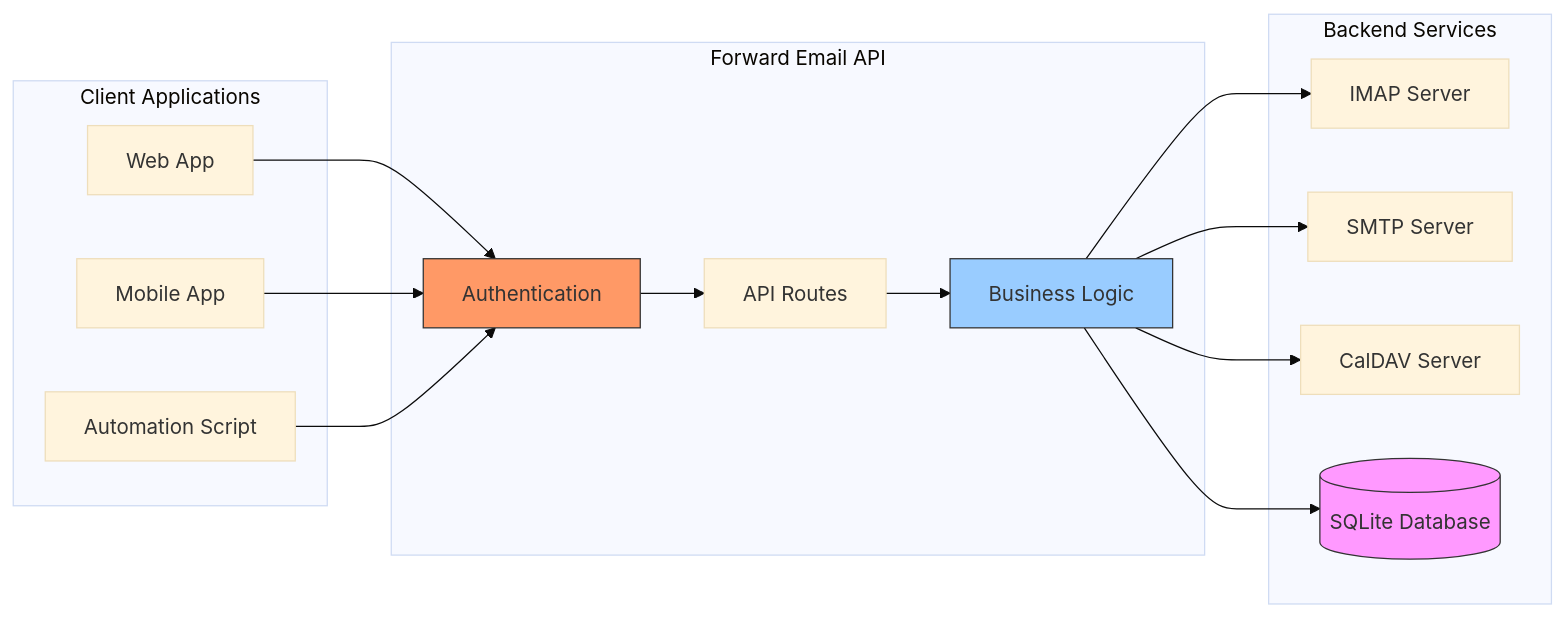
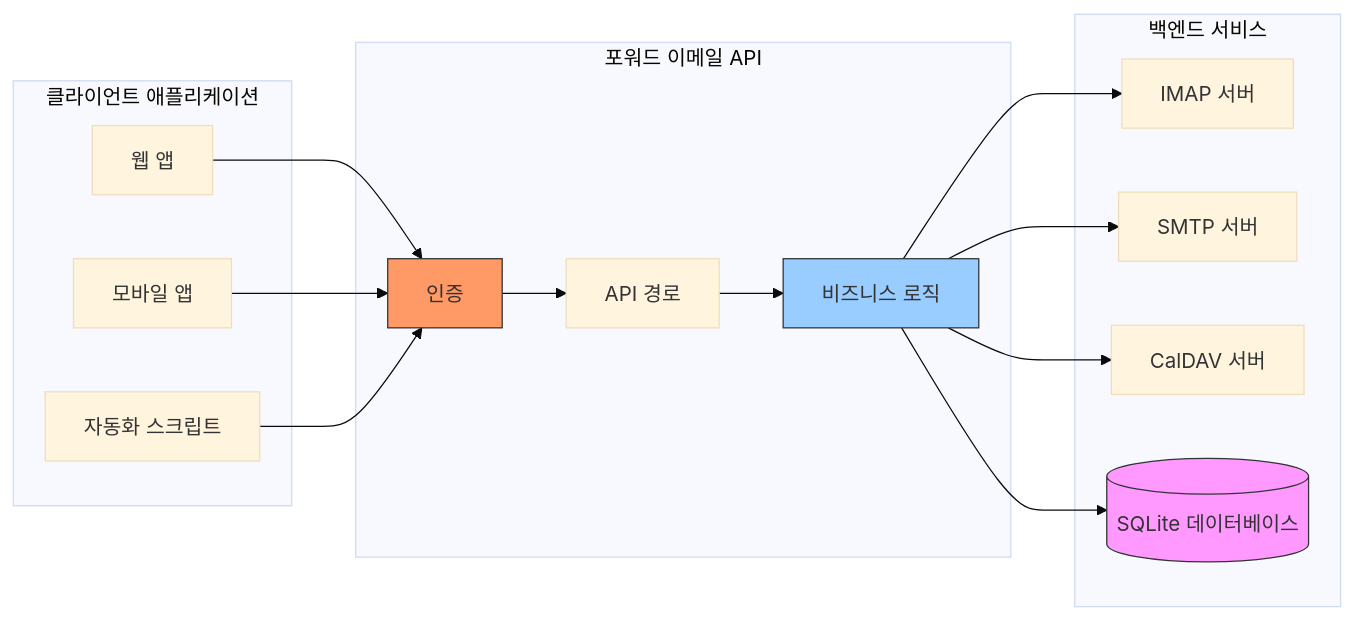
One commit to forwardemail/forwardemail.net changed diagram 15 of 16 in app/views/docs/email-protocols-rfc-compliance-imap-smtp-pop3-comparison/index-ko.md. Above: the diagram before and after it, drawn with Mermaid (base theme). The commit also changed other lines of this file and 1055 other files, not shown here.

````diff
--- a/app/views/docs/email-protocols-rfc-compliance-imap-smtp-pop3-comparison/index-ko.md
+++ b/app/views/docs/email-protocols-rfc-compliance-imap-smtp-pop3-comparison/index-ko.md
@@ -1877,35 +1869,35 @@
 ```mermaid
 graph LR
-    subgraph "Client Applications"
-        Web[Web App]
-        Mobile[Mobile App]
-        Script[Automation Script]
+    subgraph "클라이언트 애플리케이션"
+        Web[웹 앱]
+        Mobile[모바일 앱]
+        Script[자동화 스크립트]
     end
 
-    subgraph "Forward Email API"
-        Auth[Authentication]
-        Routes[API Routes]
-        Logic[Business Logic]
+    subgraph "포워드 이메일 API"
+        Auth[인증]
+        Routes[API 경로]
+        Logic[비즈니스 로직]
     end
 
-    subgraph "Backend Services"
-        IMAP[IMAP Server]
-        SMTP[SMTP Server]
-        CalDAV[CalDAV Server]
-        DB[(SQLite Database)]
+    subgraph "백엔드 서비스"
+        IMAP[IMAP 서버]
+        SMTP[SMTP 서버]
+        CalDAV[CalDAV 서버]
+        DB[(SQLite 데이터베이스)]
     end
 
     Web --> Auth
     Mobile --> Auth
     Script --> Auth
     Auth --> Routes
     Routes --> Logic
     Logic --> IMAP
     Logic --> SMTP
     Logic --> CalDAV
     Logic --> DB
 
     style Auth fill:#f96,stroke:#333
     style Logic fill:#9cf,stroke:#333
     style DB fill:#f9f,stroke:#333
 ```
````
